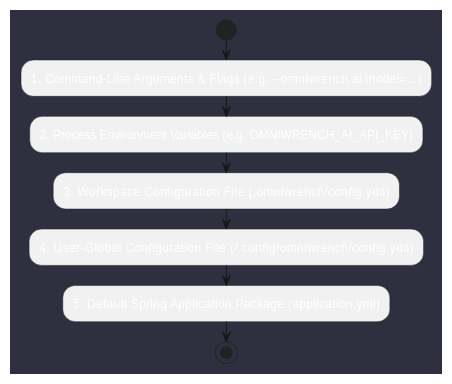
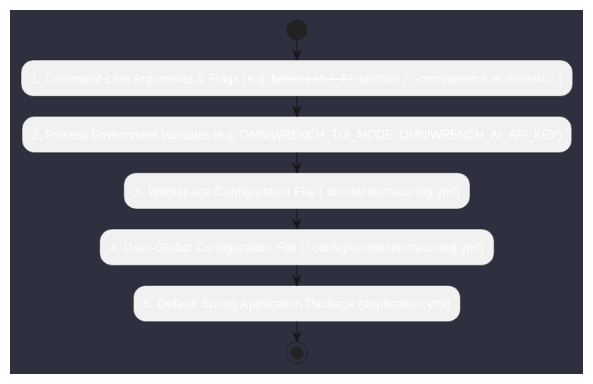
Before and after one commit to mlecabellec/omniwrench: the diagram in doc/docs/architecture/configuration.md, drawn with PlantUML. The commit also changed other lines of this file and 47 other files, not shown here.

````diff
--- a/doc/docs/architecture/configuration.md
+++ b/doc/docs/architecture/configuration.md
@@ -7,14 +7,14 @@
 ```plantuml
 @startuml
 skinparam backgroundColor #2e303f
 skinparam defaultFontColor #ffffff
 
 start
-:1. Command-Line Arguments & Flags (e.g. --omniwrench.ai.model=...);
-:2. Process Environment Variables (e.g. OMNIWRENCH_AI_API_KEY);
+:1. Command-Line Arguments & Flags (e.g. --fullscreen / -f / --minimal / --omniwrench.ai.model=...);
+:2. Process Environment Variables (e.g. OMNIWRENCH_TUI_MODE, OMNIWRENCH_AI_API_KEY);
 :3. Workspace Configuration File (.omniwrench/config.yml);
 :4. User-Global Configuration File (~/.config/omniwrench/config.yml);
 :5. Default Spring Application Package (application.yml);
 stop
 @enduml
 ```
````
